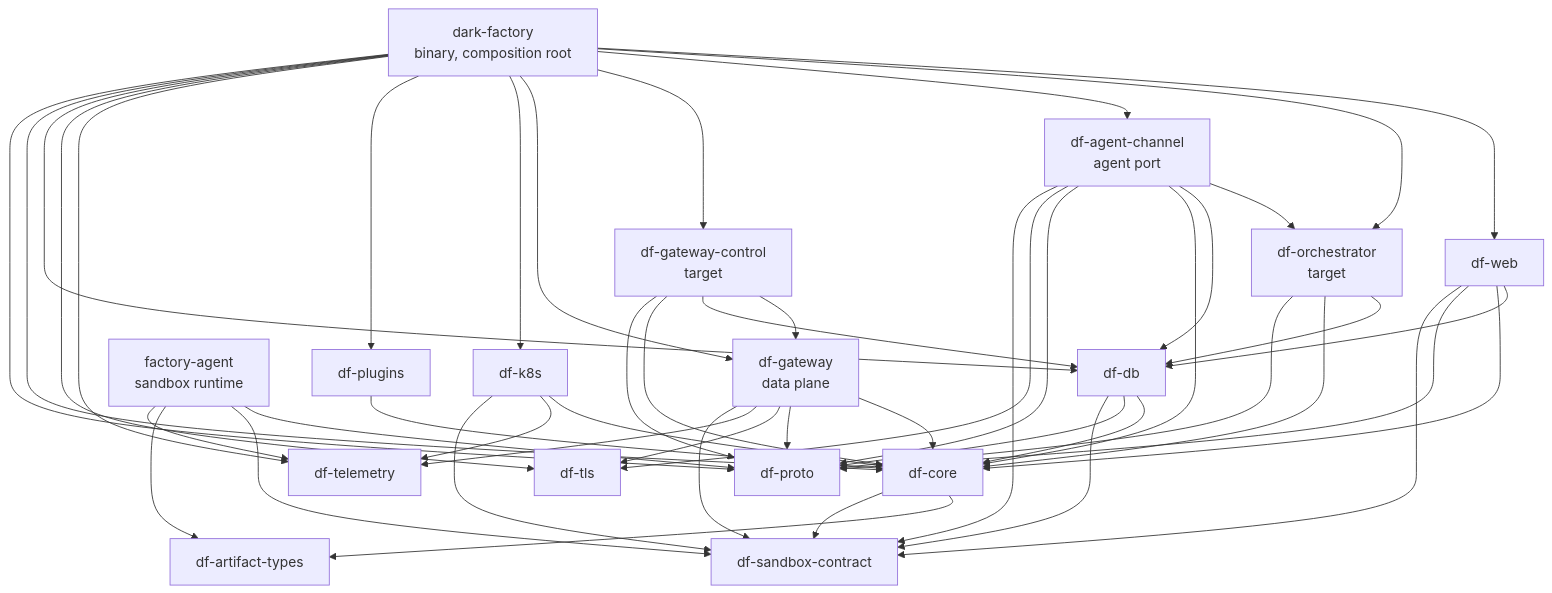
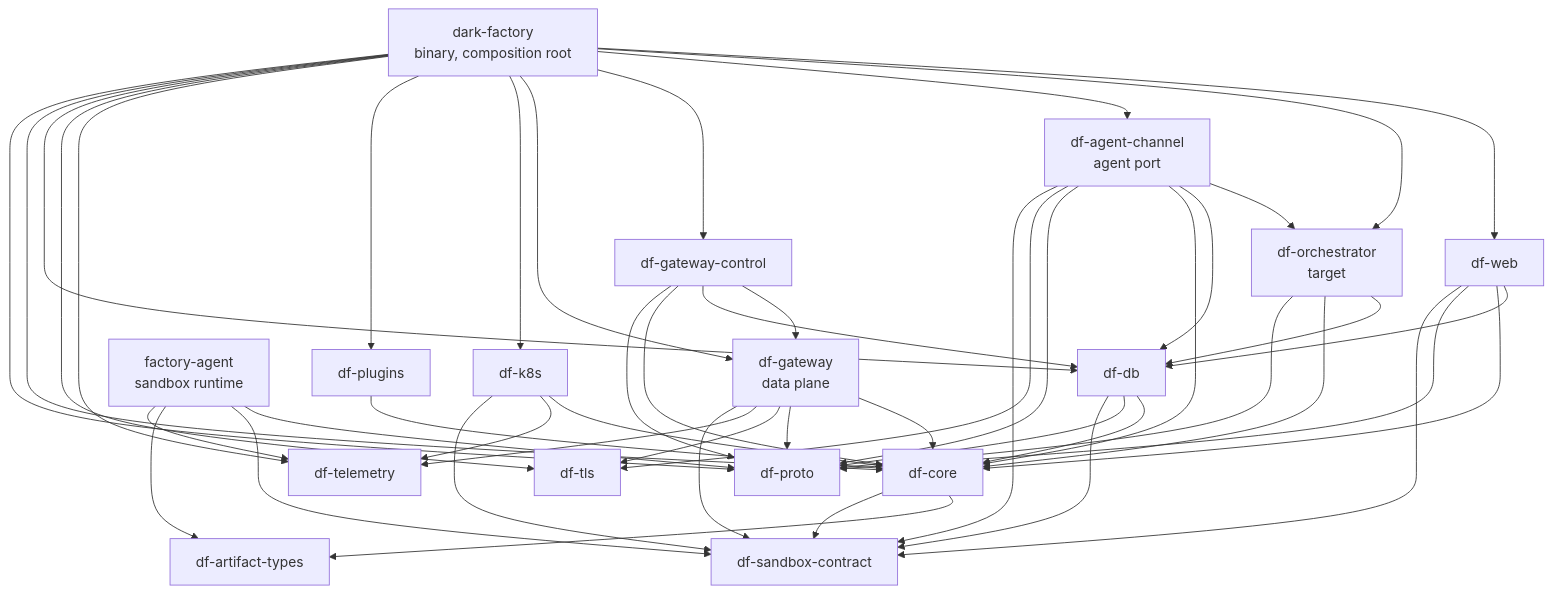
The diagram in docs/architecture.md (prskr/dark-factory), drawn with Mermaid before and after one commit. The commit also changed other lines of this file and 32 other files, not shown here.

First line of the commit message:
refactor: extract df-gateway-control crate

````diff
--- a/docs/architecture.md
+++ b/docs/architecture.md
@@ -9,31 +9,31 @@
 ```mermaid
 flowchart TD
     bin[dark-factory<br/>binary, composition root]
     web[df-web]
     orch[df-orchestrator<br/>target]
     chan[df-agent-channel<br/>agent port]
-    gwc[df-gateway-control<br/>target]
+    gwc[df-gateway-control]
     gw[df-gateway<br/>data plane]
     k8s[df-k8s]
     plug[df-plugins]
     db[df-db]
     proto[df-proto]
     core[df-core]
     tls[df-tls]
     tel[df-telemetry]
     sbx[df-sandbox-contract]
     art[df-artifact-types]
     agent[factory-agent<br/>sandbox runtime]
 
     bin --> web & orch & chan & gwc & gw & k8s & plug & tel & tls & db & core & proto
     web --> db & core & proto & sbx
     orch --> db & core & proto
     chan --> orch & db & core & proto & tls & sbx
     gwc --> gw & db & core & proto
     gw --> core & proto & tls & tel & sbx
     k8s --> core & tel & sbx
     plug --> core
     db --> core & proto & sbx
     core --> art & sbx
     agent --> proto & sbx & art & tel
 ```
````
